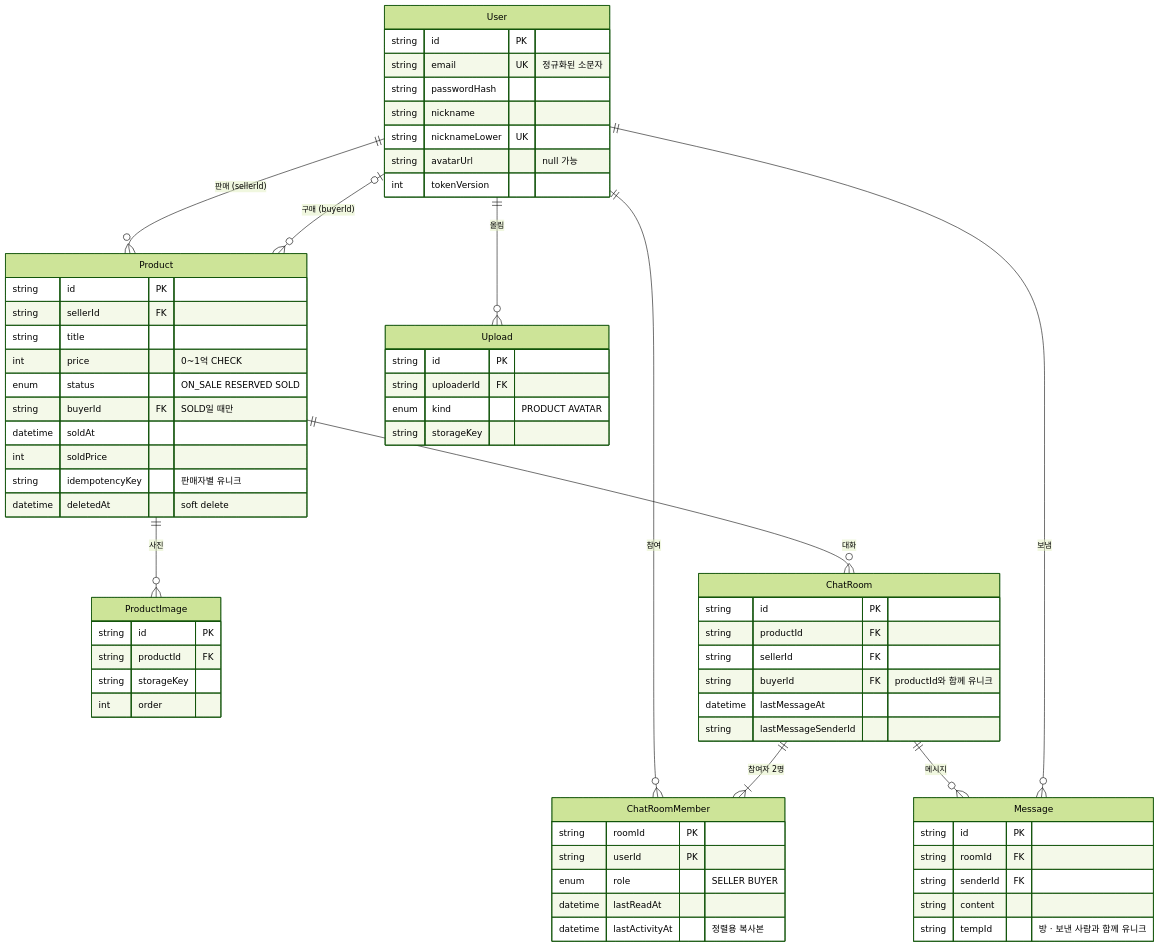
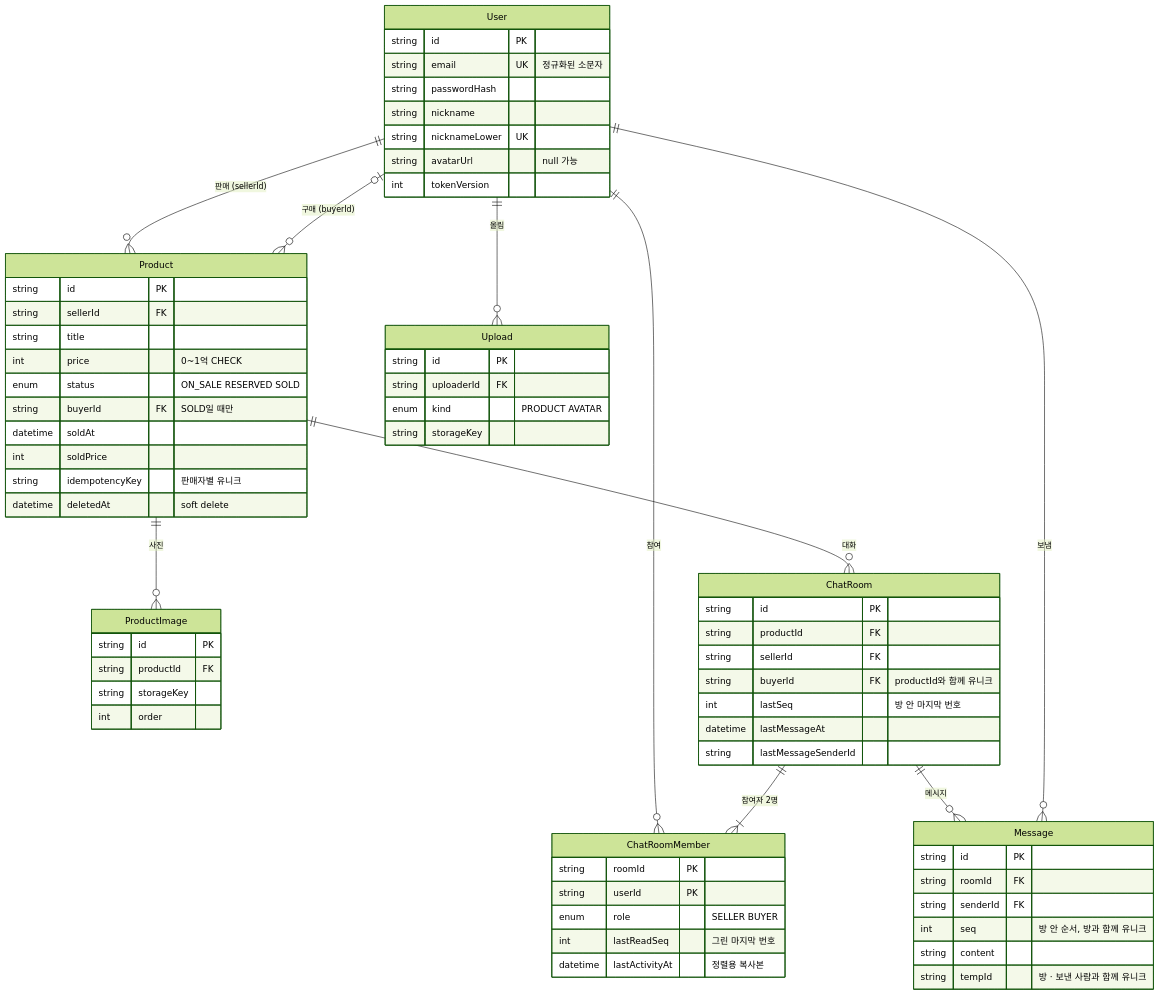
Before and after one commit to MinsangKwak/neighbo: the diagram in docs/backend/02-data-model.md, drawn with Mermaid (forest theme). The commit also changed other lines of this file and 9 other files, not shown here.

````diff
--- a/docs/backend/02-data-model.md
+++ b/docs/backend/02-data-model.md
@@ -20,68 +20,70 @@
 ```mermaid
 erDiagram
   User ||--o{ Product : "판매 (sellerId)"
   User |o--o{ Product : "구매 (buyerId)"
   User ||--o{ Upload : "올림"
   Product ||--o{ ProductImage : "사진"
   Product ||--o{ ChatRoom : "대화"
   User ||--o{ ChatRoomMember : "참여"
   ChatRoom ||--|{ ChatRoomMember : "참여자 2명"
   ChatRoom ||--o{ Message : "메시지"
   User ||--o{ Message : "보냄"
 
   User {
     string id PK
     string email UK "정규화된 소문자"
     string passwordHash
     string nickname
     string nicknameLower UK
     string avatarUrl "null 가능"
     int tokenVersion
   }
   Product {
     string id PK
     string sellerId FK
     string title
     int price "0~1억 CHECK"
     enum status "ON_SALE RESERVED SOLD"
     string buyerId FK "SOLD일 때만"
     datetime soldAt
     int soldPrice
     string idempotencyKey "판매자별 유니크"
     datetime deletedAt "soft delete"
   }
   ProductImage {
     string id PK
     string productId FK
     string storageKey
     int order
   }
   Upload {
     string id PK
     string uploaderId FK
     enum kind "PRODUCT AVATAR"
     string storageKey
   }
   ChatRoom {
     string id PK
     string productId FK
     string sellerId FK
     string buyerId FK "productId와 함께 유니크"
+    int lastSeq "방 안 마지막 번호"
     datetime lastMessageAt
     string lastMessageSenderId
   }
   ChatRoomMember {
     string roomId PK
     string userId PK
     enum role "SELLER BUYER"
-    datetime lastReadAt
+    int lastReadSeq "그린 마지막 번호"
     datetime lastActivityAt "정렬용 복사본"
   }
   Message {
     string id PK
     string roomId FK
     string senderId FK
+    int seq "방 안 순서, 방과 함께 유니크"
     string content
     string tempId "방 · 보낸 사람과 함께 유니크"
   }
 ```
````
